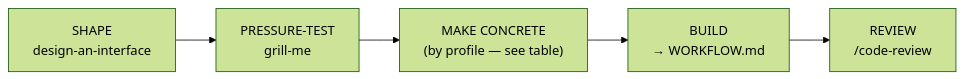
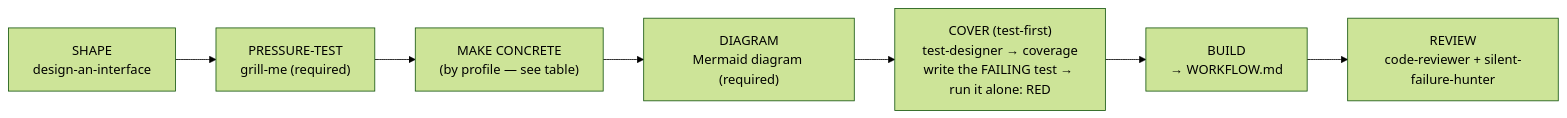
One commit to HenriGeorge/Yannick changed the first of 3 diagrams in docs/DESIGN-WORKFLOW.md. Above: the diagram before and after it, drawn with Mermaid (forest theme). The commit also changed other lines of this file and 44 other files, not shown here.

````diff
--- a/docs/DESIGN-WORKFLOW.md
+++ b/docs/DESIGN-WORKFLOW.md
@@ -14,7 +19,9 @@
 ```mermaid
 flowchart LR
-    S["SHAPE<br/>design-an-interface"] --> G["PRESSURE-TEST<br/>grill-me"]
+    S["SHAPE<br/>design-an-interface"] --> G["PRESSURE-TEST<br/>grill-me (required)"]
     G --> M["MAKE CONCRETE<br/>(by profile — see table)"]
-    M --> B["BUILD<br/>→ WORKFLOW.md"]
-    B --> R["REVIEW<br/>/code-review"]
+    M --> D["DIAGRAM<br/>Mermaid diagram (required)"]
+    D --> C["COVER (test-first)<br/>test-designer → coverage<br/>write the FAILING test → run it alone: RED"]
+    C --> B["BUILD<br/>→ WORKFLOW.md"]
+    B --> R["REVIEW<br/>code-reviewer + silent-failure-hunter"]
 ```
````
